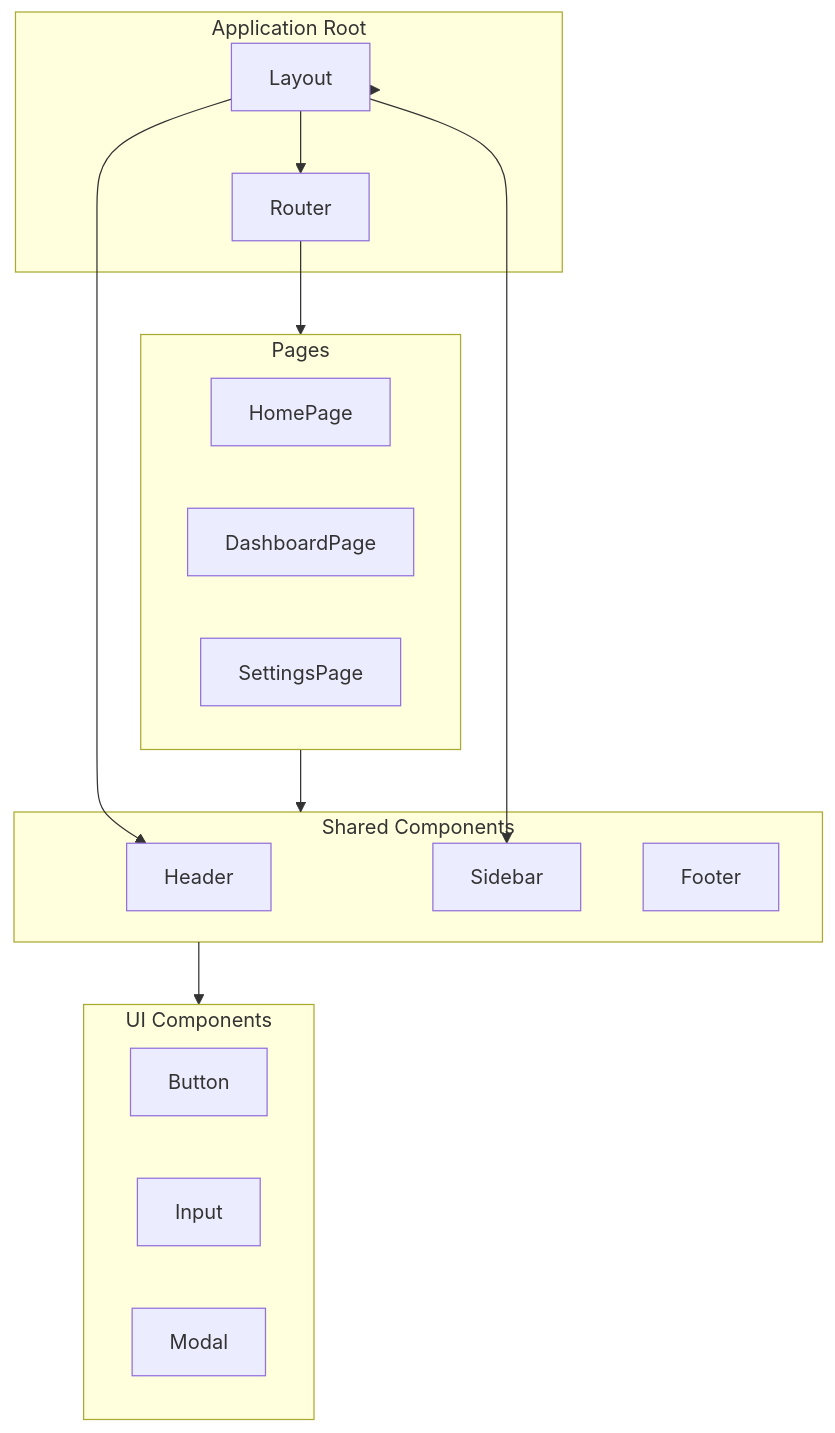
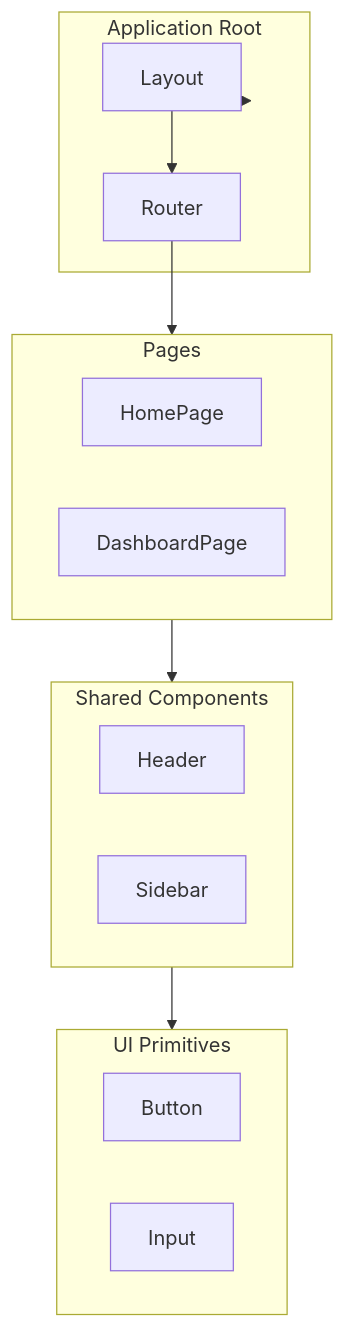
One commit to windagency/valora.ai changed the first of 2 diagrams in data/templates/FRONTEND_DOC.md. Above: the diagram before and after it, drawn with Mermaid. The commit also changed other lines of this file and 12 other files, not shown here.

````diff
--- a/data/templates/FRONTEND_DOC.md
+++ b/data/templates/FRONTEND_DOC.md
@@ -22,33 +27,28 @@
 ```mermaid
 flowchart TB
     subgraph App["Application Root"]
         Layout[Layout]
         Router[Router]
     end
 
     subgraph Pages["Pages"]
         Home[HomePage]
         Dashboard[DashboardPage]
-        Settings[SettingsPage]
     end
 
     subgraph Components["Shared Components"]
         Header[Header]
         Sidebar[Sidebar]
-        Footer[Footer]
     end
 
-    subgraph UI["UI Components"]
+    subgraph UI["UI Primitives"]
         Button[Button]
         Input[Input]
-        Modal[Modal]
     end
 
     App --> Layout
     Layout --> Router
-    Layout --> Header
-    Layout --> Sidebar
     Router --> Pages
     Pages --> Components
     Components --> UI
 ```
````
